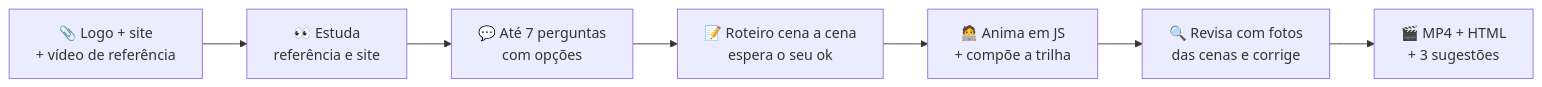
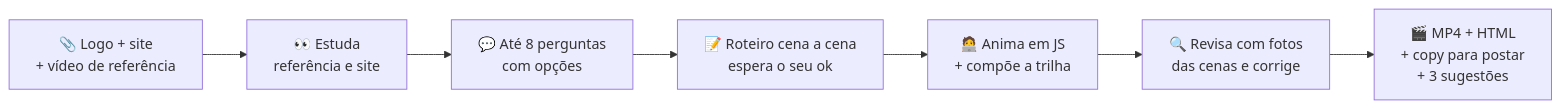
One commit to flavioduque/Jsmotion-skill changed the diagram in README.md. Above: the diagram before and after it, drawn with Mermaid. The commit also changed other lines of this file and 19 other files, not shown here.

First line of the commit message:
Pergunta de copy para redes (com ou sem emojis) e entrega da legenda junto com o vídeo

````diff
--- a/README.md
+++ b/README.md
@@ -285,9 +285,9 @@
 ```mermaid
 flowchart LR
     A["📎 Logo + site<br/>+ vídeo de referência"] --> B["👀 Estuda<br/>referência e site"]
-    B --> C["💬 Até 7 perguntas<br/>com opções"]
+    B --> C["💬 Até 8 perguntas<br/>com opções"]
     C --> D["📝 Roteiro cena a cena<br/>espera o seu ok"]
     D --> E["🧑‍💻 Anima em JS<br/>+ compõe a trilha"]
     E --> F["🔍 Revisa com fotos<br/>das cenas e corrige"]
-    F --> G["🎬 MP4 + HTML<br/>+ 3 sugestões"]
+    F --> G["🎬 MP4 + HTML<br/>+ copy para postar<br/>+ 3 sugestões"]
 ```
````
